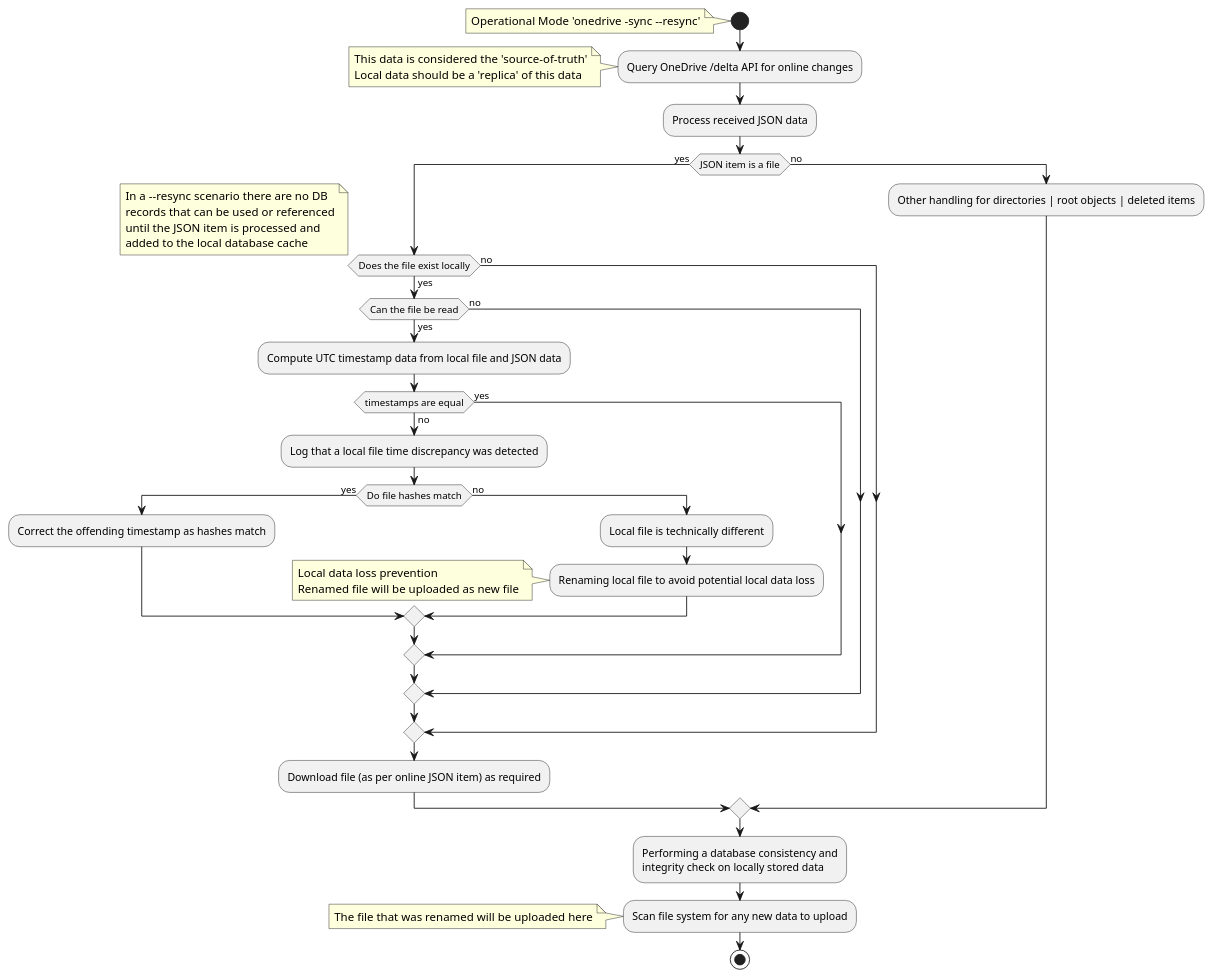
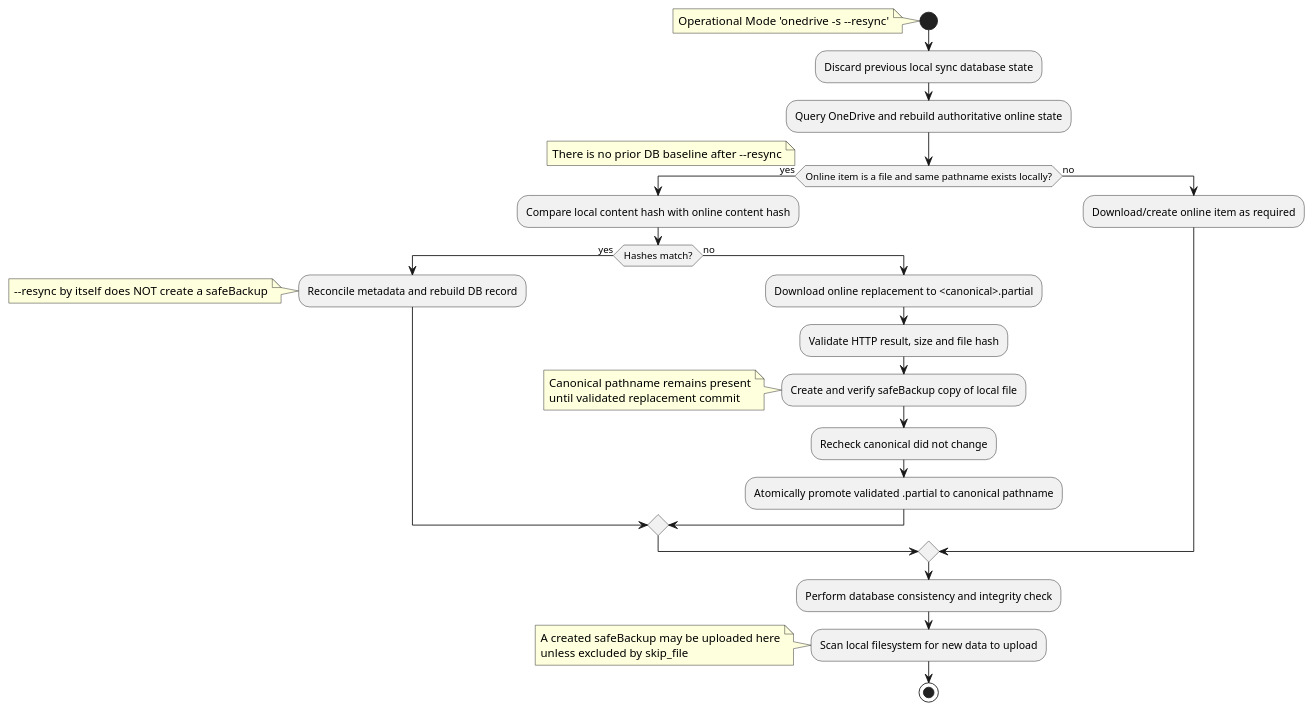
Before and after one commit to abraunegg/onedrive: the diagram in docs/puml/conflict_handling_default_resync.puml, drawn with PlantUML. The commit also changed 28 other files, not shown here.

```diff
--- a/docs/puml/conflict_handling_default_resync.puml
+++ b/docs/puml/conflict_handling_default_resync.puml
@@ -1,35 +1,27 @@
 @startuml
 start
-note left: Operational Mode 'onedrive -sync --resync'
-:Query OneDrive /delta API for online changes;
-note left: This data is considered the 'source-of-truth'\nLocal data should be a 'replica' of this data
-:Process received JSON data;
-if (JSON item is a file) then (yes)
-  if (Does the file exist locally) then (yes)
-    note left: In a --resync scenario there are no DB\nrecords that can be used or referenced\nuntil the JSON item is processed and\nadded to the local database cache
-    if (Can the file be read) then (yes)
-      :Compute UTC timestamp data from local file and JSON data;
-      if (timestamps are equal) then (yes)
-      else (no)
-        :Log that a local file time discrepancy was detected;
-        if (Do file hashes match) then (yes)
-          :Correct the offending timestamp as hashes match;
-        else (no)
-          :Local file is technically different;
-          :Renaming local file to avoid potential local data loss;
-          note left: Local data loss prevention\nRenamed file will be uploaded as new file
-        endif
-      endif
-    else (no)
-    endif
+note left: Operational Mode 'onedrive -s --resync'
+:Discard previous local sync database state;
+:Query OneDrive and rebuild authoritative online state;
+if (Online item is a file and same pathname exists locally?) then (yes)
+  note left: There is no prior DB baseline after --resync
+  :Compare local content hash with online content hash;
+  if (Hashes match?) then (yes)
+    :Reconcile metadata and rebuild DB record;
+    note left: --resync by itself does NOT create a safeBackup
   else (no)
+    :Download online replacement to <canonical>.partial;
+    :Validate HTTP result, size and file hash;
+    :Create and verify safeBackup copy of local file;
+    note left: Canonical pathname remains present\nuntil validated replacement commit
+    :Recheck canonical did not change;
+    :Atomically promote validated .partial to canonical pathname;
   endif
-:Download file (as per online JSON item) as required;
 else (no)
-  :Other handling for directories | root objects | deleted items;
+  :Download/create online item as required;
 endif
-:Performing a database consistency and\nintegrity check on locally stored data;
-:Scan file system for any new data to upload;
-note left: The file that was renamed will be uploaded here
+:Perform database consistency and integrity check;
+:Scan local filesystem for new data to upload;
+note left: A created safeBackup may be uploaded here\nunless excluded by skip_file
 stop
 @enduml
```
